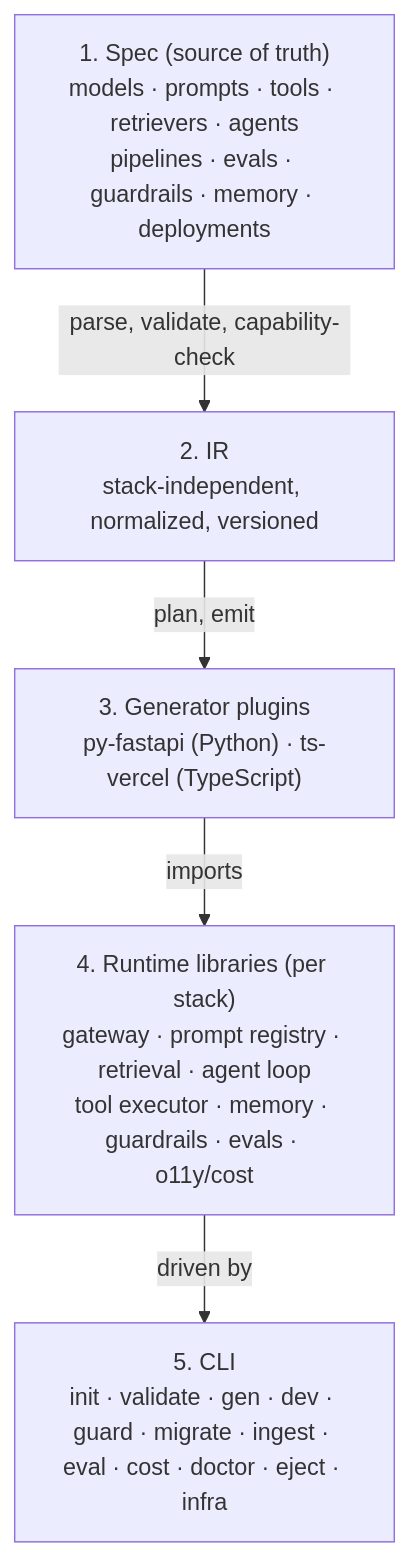
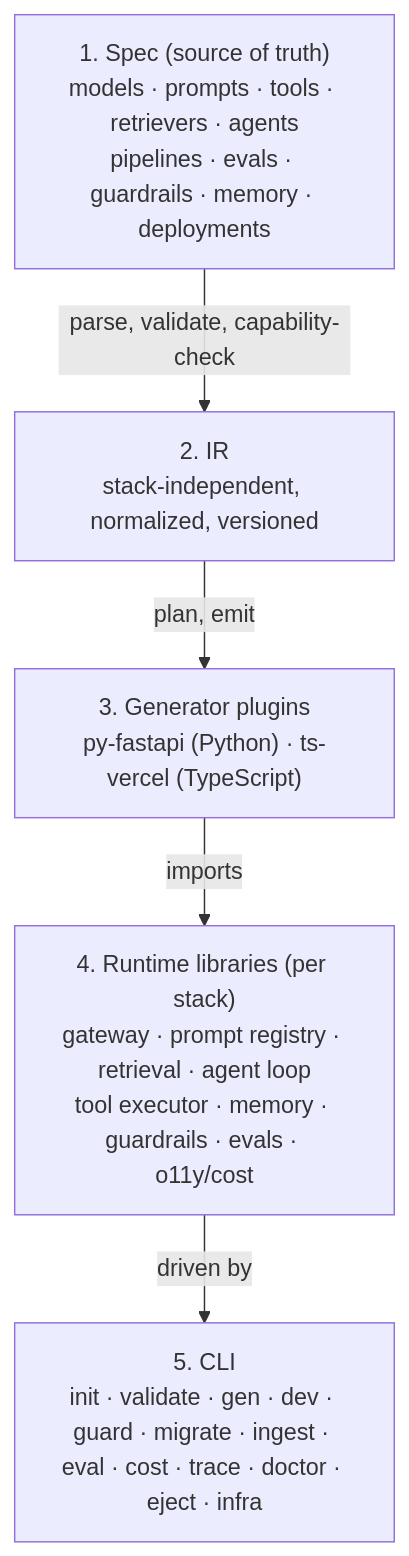
Before and after one commit to aid-framework/aid-framework: the diagram in README.md, drawn with Mermaid. The commit also changed other lines of this file and 21 other files, not shown here.

First line of the commit message:
feat(cli): add `aid trace` to inspect a run's span tree (#81)

````diff
--- a/README.md
+++ b/README.md
@@ -46,12 +45,12 @@
 ```mermaid
 flowchart TD
     A["1. Spec (source of truth)<br/>models · prompts · tools · retrievers · agents<br/>pipelines · evals · guardrails · memory · deployments"]
     B["2. IR<br/>stack-independent, normalized, versioned"]
     C["3. Generator plugins<br/>py-fastapi (Python) · ts-vercel (TypeScript)"]
     D["4. Runtime libraries (per stack)<br/>gateway · prompt registry · retrieval · agent loop<br/>tool executor · memory · guardrails · evals · o11y/cost"]
-    E["5. CLI<br/>init · validate · gen · dev · guard · migrate · ingest · eval · cost · doctor · eject · infra"]
+    E["5. CLI<br/>init · validate · gen · dev · guard · migrate · ingest · eval · cost · trace · doctor · eject · infra"]
     A -->|parse, validate, capability-check| B
     B -->|plan, emit| C
     C -->|imports| D
     D -->|driven by| E
 ```
````
